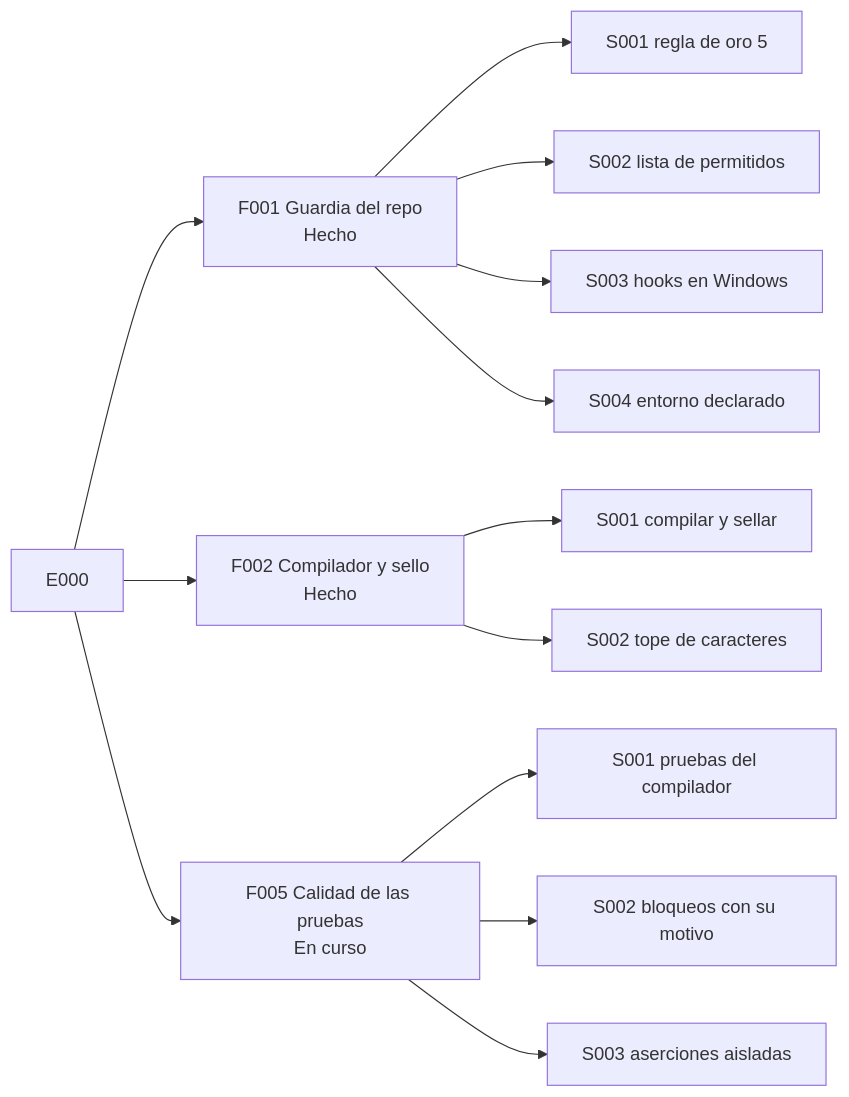
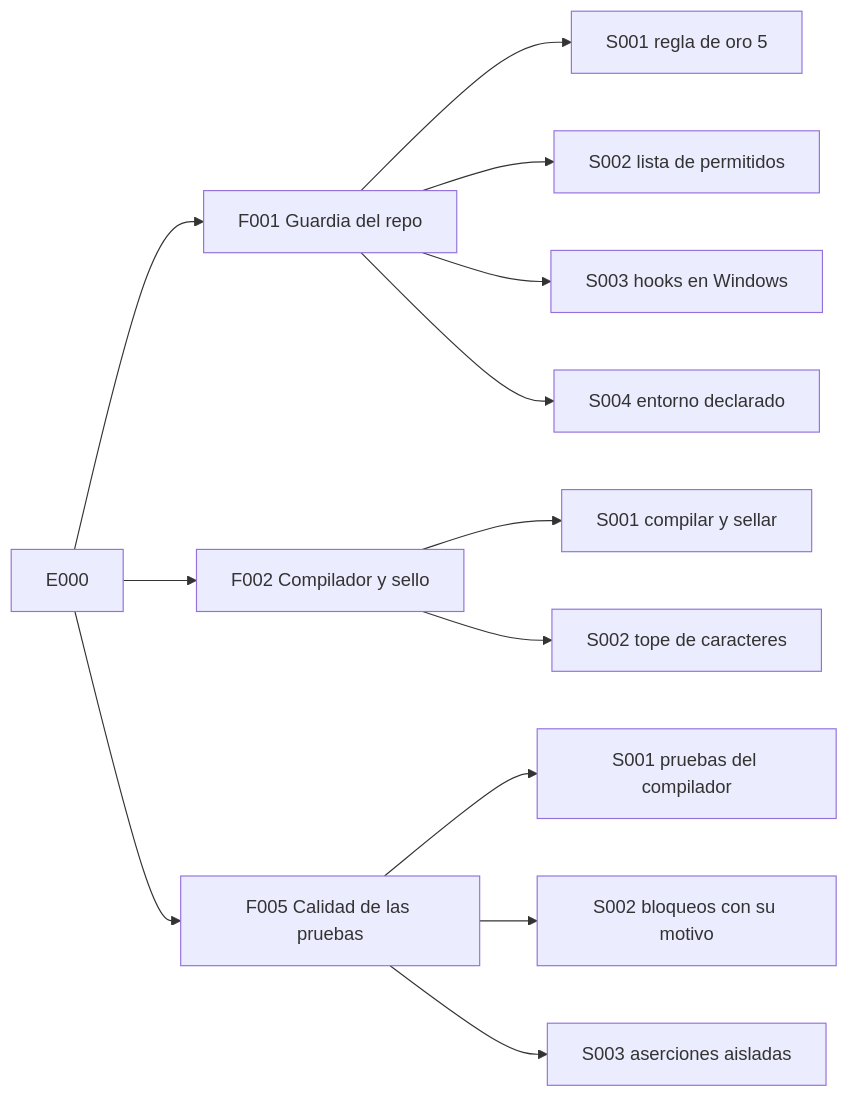
Before and after one commit to jliberal-aquas/aquas-central-harness-government: the second of 2 diagrams in docs/E000/README.md, drawn with Mermaid. The commit also changed other lines of this file and 42 other files, not shown here.

````diff
--- a/docs/E000/README.md
+++ b/docs/E000/README.md
@@ -94,15 +96,15 @@
 ```mermaid
 flowchart LR
-    E["E000"] --> F1["F001 Guardia del repo<br/>Hecho"]
+    E["E000"] --> F1["F001 Guardia del repo"]
     F1 --> S1["S001 regla de oro 5"]
     F1 --> S2["S002 lista de permitidos"]
     F1 --> S3["S003 hooks en Windows"]
     F1 --> S4["S004 entorno declarado"]
-    E --> F2["F002 Compilador y sello<br/>Hecho"]
+    E --> F2["F002 Compilador y sello"]
     F2 --> T1["S001 compilar y sellar"]
     F2 --> T2["S002 tope de caracteres"]
-    E --> F5["F005 Calidad de las pruebas<br/>En curso"]
+    E --> F5["F005 Calidad de las pruebas"]
     F5 --> U1["S001 pruebas del compilador"]
     F5 --> U2["S002 bloqueos con su motivo"]
     F5 --> U3["S003 aserciones aisladas"]
 ```
````
